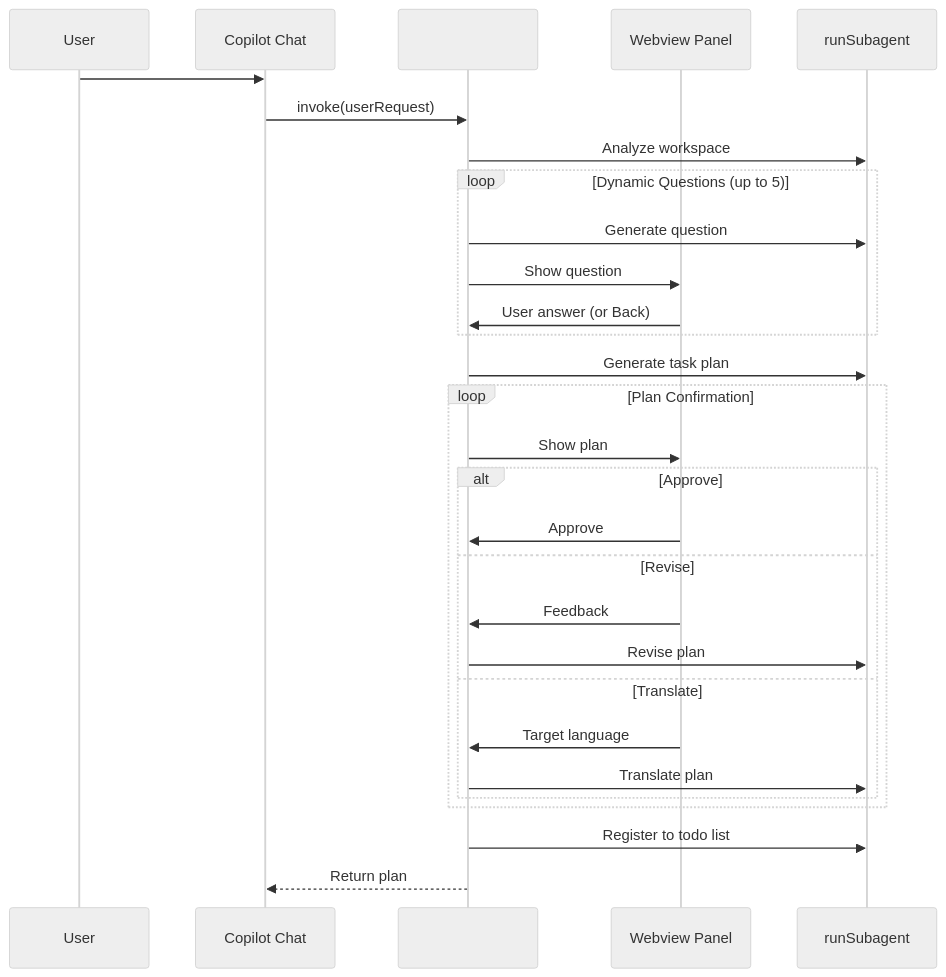
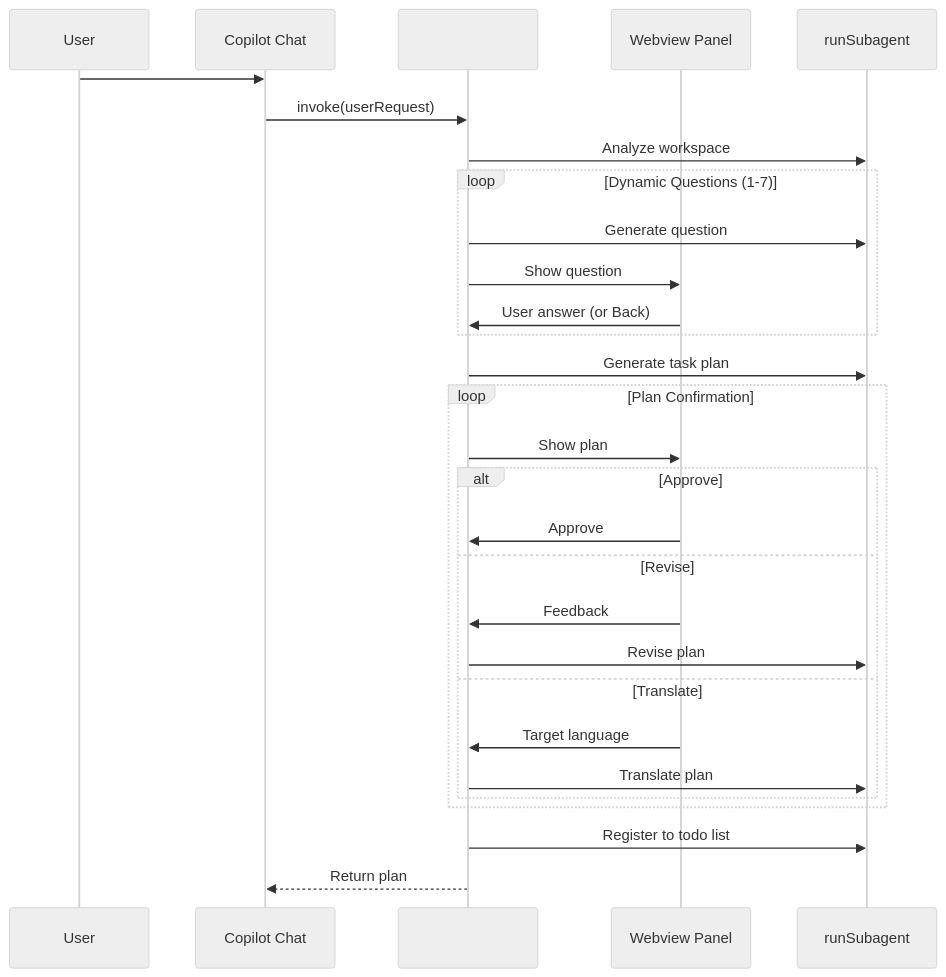
Before and after one commit to ifapmzadu6/vscode-copilot-task-planner: the diagram in README.md, drawn with Mermaid (neutral theme). The commit also changed other lines of this file, not shown here.

First line of the commit message:
Update README with current architecture and plan format

````diff
--- a/README.md
+++ b/README.md
@@ -19,32 +21,32 @@
 ```mermaid
 sequenceDiagram
     participant U as User
     participant C as Copilot Chat
     participant T as #plan Tool
     participant W as Webview Panel
     participant S as runSubagent
 
     U->>C: #plan add tests
     C->>T: invoke(userRequest)
     T->>S: Analyze workspace
-    loop Dynamic Questions (up to 5)
+    loop Dynamic Questions (1-7)
         T->>S: Generate question
         T->>W: Show question
         W->>T: User answer (or Back)
     end
     T->>S: Generate task plan
     loop Plan Confirmation
         T->>W: Show plan
         alt Approve
             W->>T: Approve
         else Revise
             W->>T: Feedback
             T->>S: Revise plan
         else Translate
             W->>T: Target language
             T->>S: Translate plan
         end
     end
     T->>S: Register to todo list
     T-->>C: Return plan
 ```
````
